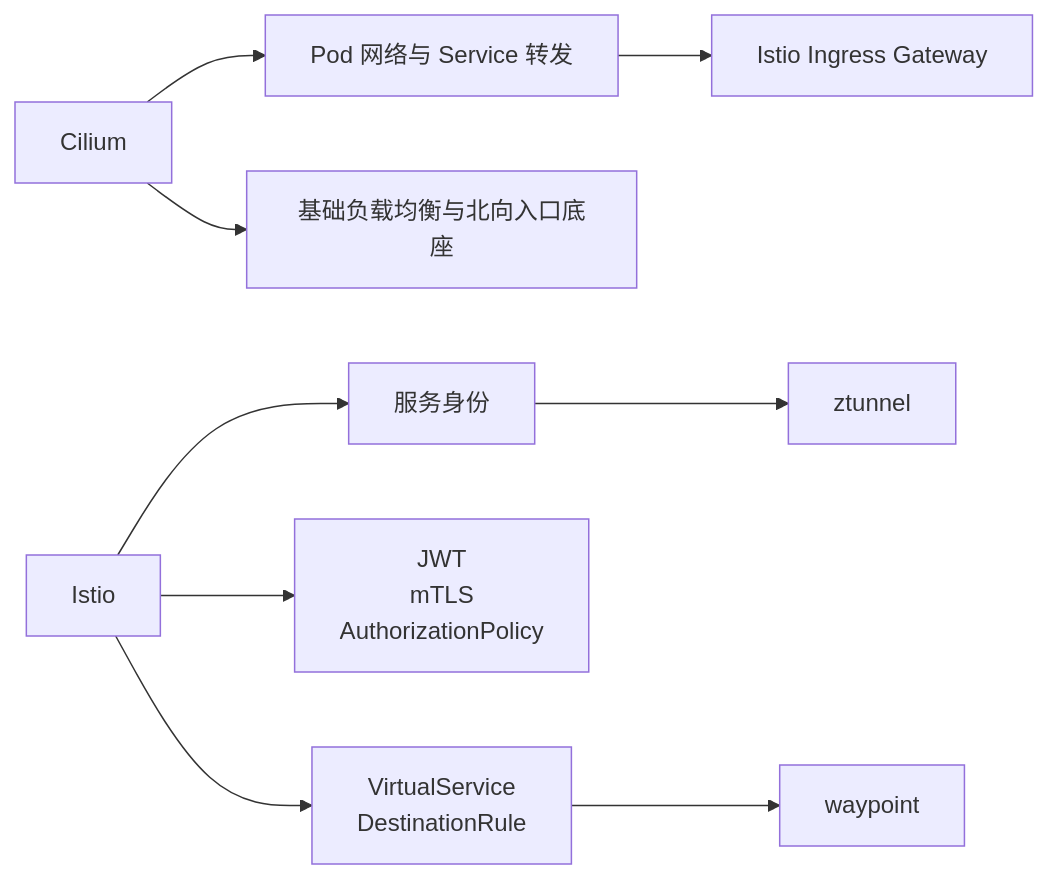
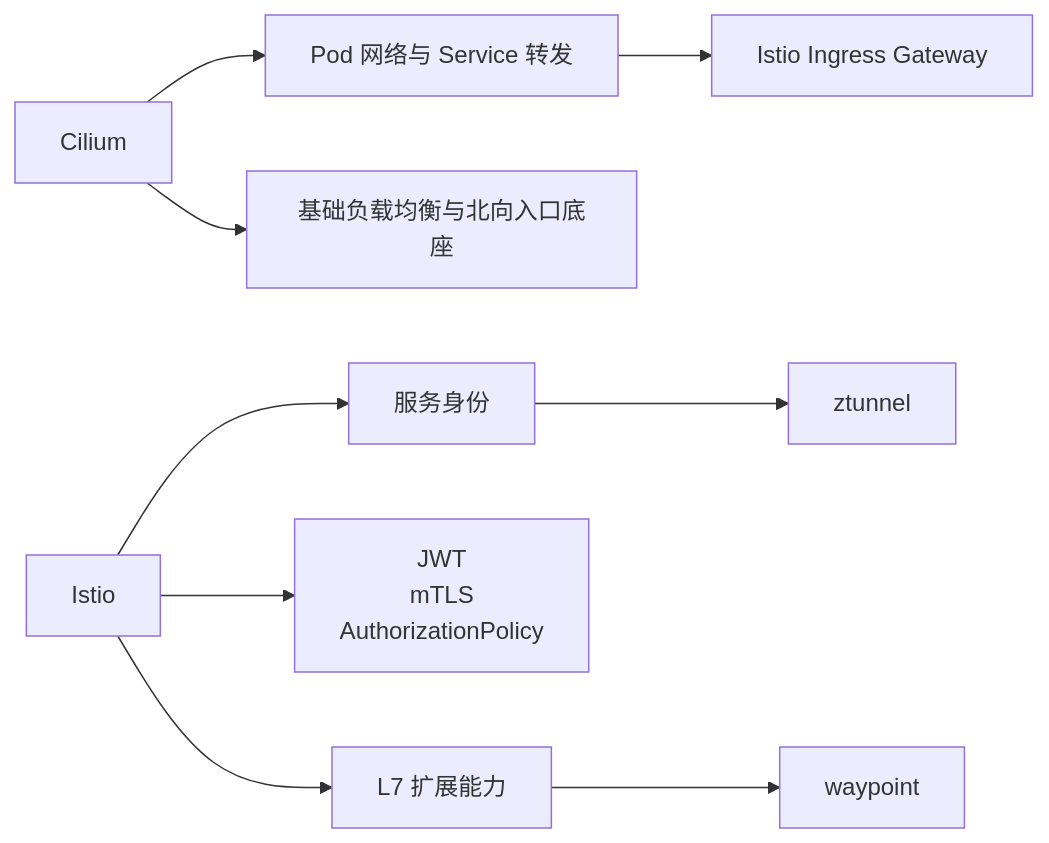
The first of 8 diagrams in k8s/05-security-and-zero-trust/docs/00_security_theory.md (hwang-protocol/docker_k8s_2026), drawn with Mermaid before and after one commit. The commit also changed other lines of this file and 9 other files, not shown here.

````diff
--- a/k8s/05-security-and-zero-trust/docs/00_security_theory.md
+++ b/k8s/05-security-and-zero-trust/docs/00_security_theory.md
@@ -43,13 +43,13 @@
 ```mermaid
 flowchart LR
     cilium[Cilium] --> network[Pod 网络与 Service 转发]
     cilium --> lb[基础负载均衡与北向入口底座]
 
     istio[Istio] --> identity[服务身份]
     istio --> security[JWT<br/>mTLS<br/>AuthorizationPolicy]
-    istio --> governance[VirtualService<br/>DestinationRule]
+    istio --> governance[L7 扩展能力]
 
     network --> ingress[Istio Ingress Gateway]
     identity --> ztunnel[ztunnel]
     governance --> waypoint[waypoint]
 ```
````
